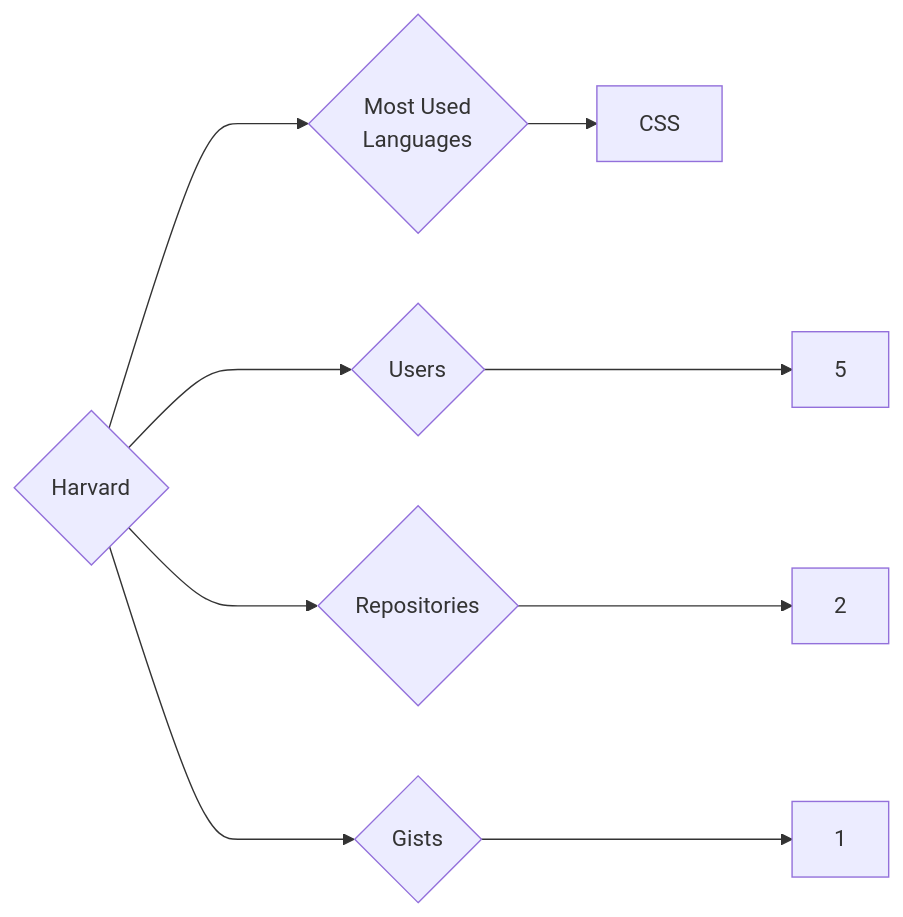
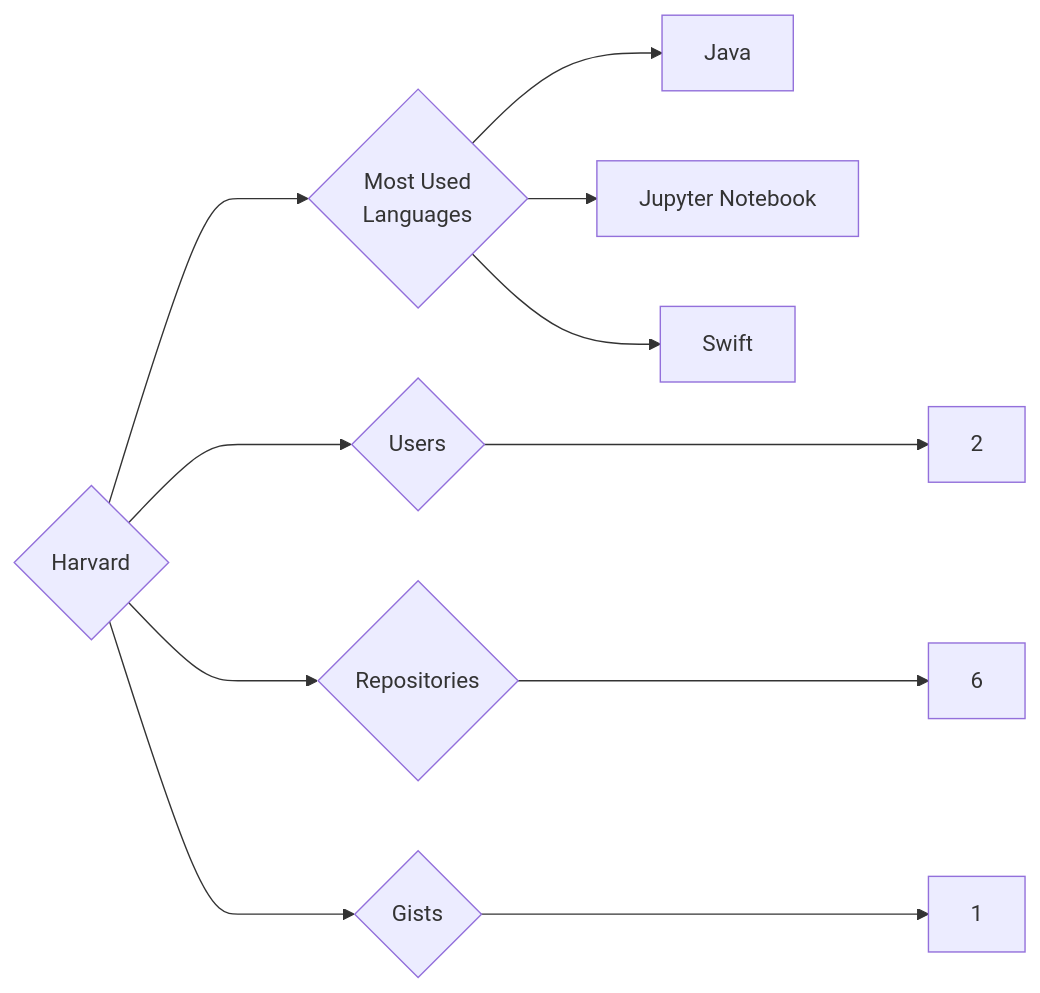
The diagram in targets/Harvard/README.md (trickest/insiders), drawn with Mermaid before and after one commit. The commit also changed 559 other files, not shown here.

````diff
--- a/targets/Harvard/README.md
+++ b/targets/Harvard/README.md
@@ -3,9 +3,11 @@
 ```mermaid
 graph LR
 COMPANY_NAME{Harvard}
-COMPANY_NAME ---> U{Users} ---> UN[5]
-COMPANY_NAME ---> R{Repositories} ---> RN[2]
+COMPANY_NAME ---> U{Users} ---> UN[2]
+COMPANY_NAME ---> R{Repositories} ---> RN[6]
 COMPANY_NAME ---> G{Gists} ---> GN[1]
 COMPANY_NAME ---> ML{Most Used<br>Languages}
-ML --> CSS[CSS]
+ML --> Java[Java]
+ML --> Jupyter_Notebook[Jupyter Notebook]
+ML --> Swift[Swift]
 ```
````
